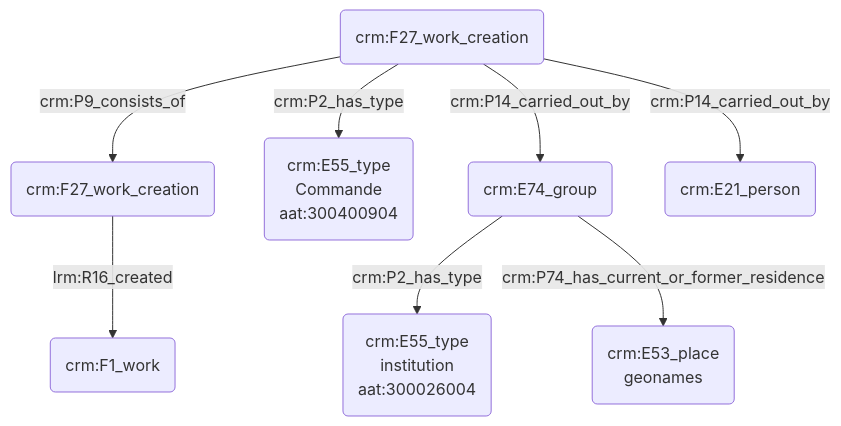
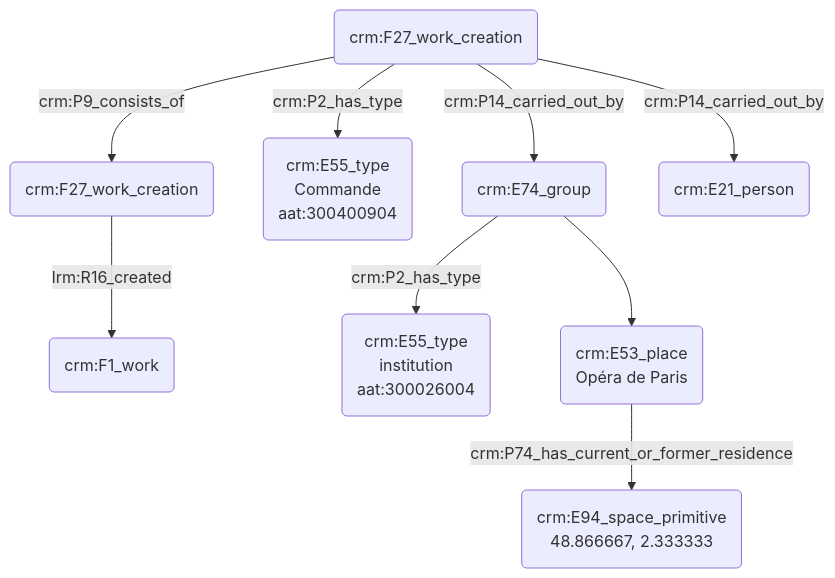
One commit to Amleth/consortium-musica2-gt2-ontologies changed the diagram in modules/livrables/Dossier 2/Indexation conceptuelle/commanditaire d'une œuvre.md. Above: the diagram before and after it, drawn with Mermaid.

Commit message:
Update commanditaire d'une œuvre.md

````diff
--- a/modules/livrables/Dossier 2/Indexation conceptuelle/commanditaire d'une œuvre.md
+++ b/modules/livrables/Dossier 2/Indexation conceptuelle/commanditaire d'une œuvre.md
@@ -17,13 +17,15 @@
 ```mermaid
 graph TD;
 
 A(crm:F27_work_creation) --> |lrm:R16_created| B(crm:F1_work)
 C(crm:F27_work_creation) -->|crm:P9_consists_of| A(crm:F27_work_creation)
 C(crm:F27_work_creation) --> |crm:P2_has_type| D(crm:E55_type<br>Commande<br>aat:300400904)
 C(crm:F27_work_creation) --> |crm:P14_carried_out_by| E(crm:E74_group)
 E(crm:E74_group) -->|crm:P2_has_type| F(crm:E55_type<br>institution<br>aat:300026004)
-E(crm:E74_group) -->|crm:P74_has_current_or_former_residence| G(crm:E53_place<br>geonames)
+E(crm:E74_group) --> I(crm:E53_place<br>Opéra de Paris)
+I(crm:E53_place<br>Opéra de Paris) -->|crm:P74_has_current_or_former_residence| G(crm:E94_space_primitive
+48.866667, 2.333333)
 C(crm:F27_work_creation) --> |crm:P14_carried_out_by| H(crm:E21_person<John Doe)
 
 
 ```
````
